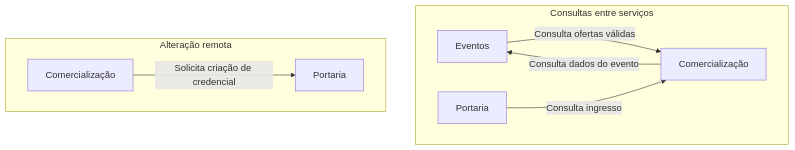
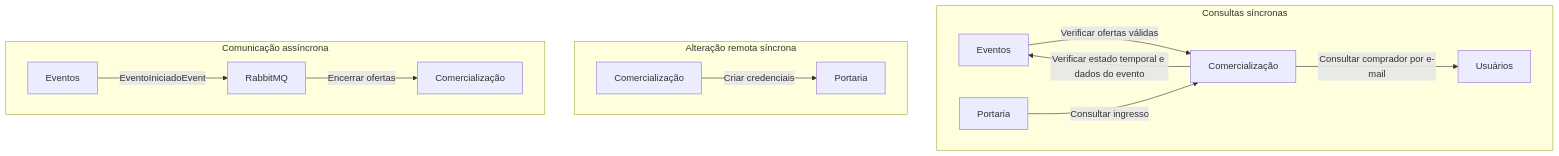
One commit to LaurenceFluciano/microsservicos-eventos-presenciais changed the fourth of 13 diagrams in Docs/Arquitetura.md. Above: the diagram before and after it, drawn with Mermaid. The commit also changed other lines of this file and 4 other files, not shown here.

````diff
--- a/Docs/Arquitetura.md
+++ b/Docs/Arquitetura.md
@@ -131,11 +173,18 @@
 ```mermaid
 flowchart TB
-    subgraph Q["Consultas entre serviços"]
-      E["Eventos"] -->|"Consulta ofertas válidas"| C["Comercialização"]
-      C -->|"Consulta dados do evento"| E
-      P["Portaria"] -->|"Consulta ingresso"| C
+    subgraph Q["Consultas síncronas"]
+        E["Eventos"] -->|"Verificar ofertas válidas"| C["Comercialização"]
+        C -->|"Verificar estado temporal e dados do evento"| E
+        C -->|"Consultar comprador por e-mail"| U["Usuários"]
+        P["Portaria"] -->|"Consultar ingresso"| C
     end
-    subgraph M["Alteração remota"]
-      C2["Comercialização"] -->|"Solicita criação de credencial"| P2["Portaria"]
+
+    subgraph M["Alteração remota síncrona"]
+        C2["Comercialização"] -->|"Criar credenciais"| P2["Portaria"]
+    end
+
+    subgraph A["Comunicação assíncrona"]
+        E3["Eventos"] -->|"EventoIniciadoEvent"| R["RabbitMQ"]
+        R -->|"Encerrar ofertas"| C3["Comercialização"]
     end
 ```
````
